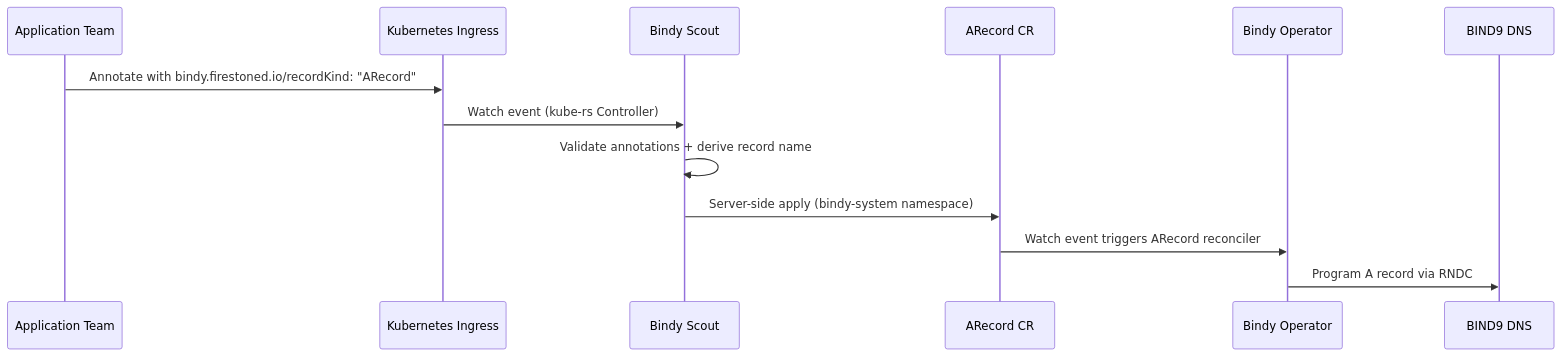
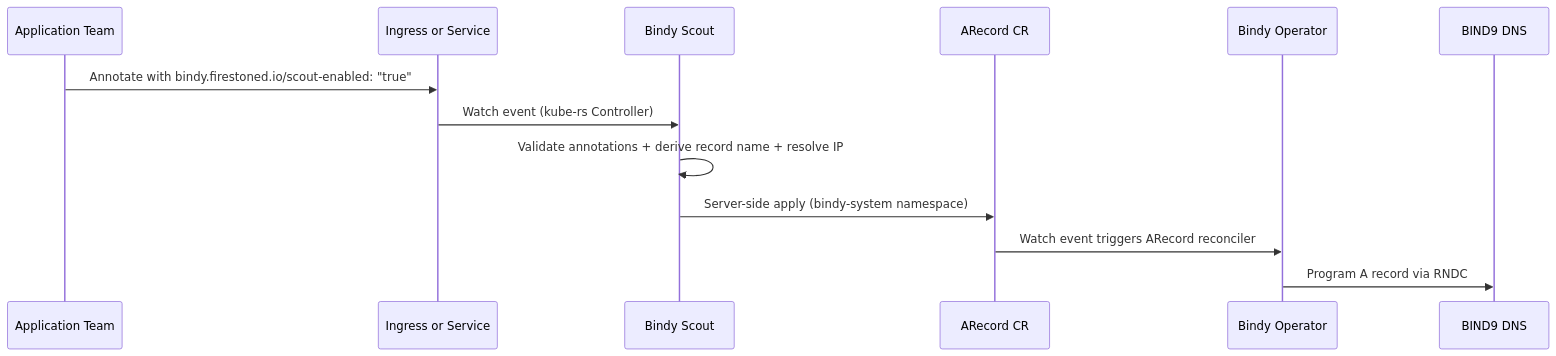
One commit to firestoned/bindy changed the first of 3 diagrams in docs/src/guide/scout.md. Above: the diagram before and after it, drawn with Mermaid. The commit also changed other lines of this file and 18 other files, not shown here.

Commit message:
Update docs and add 2 new roadmap items, support srv records and namespace selectors

````diff
--- a/docs/src/guide/scout.md
+++ b/docs/src/guide/scout.md
@@ -40,16 +40,16 @@
 ```mermaid
 sequenceDiagram
     participant App as Application Team
-    participant Ingress as Kubernetes Ingress
+    participant Source as Ingress or Service
     participant Scout as Bindy Scout
     participant ARecord as ARecord CR
     participant Bindy as Bindy Operator
     participant BIND9 as BIND9 DNS
 
-    App->>Ingress: Annotate with bindy.firestoned.io/recordKind: "ARecord"
-    Ingress->>Scout: Watch event (kube-rs Controller)
-    Scout->>Scout: Validate annotations + derive record name
+    App->>Source: Annotate with bindy.firestoned.io/scout-enabled: "true"
+    Source->>Scout: Watch event (kube-rs Controller)
+    Scout->>Scout: Validate annotations + derive record name + resolve IP
     Scout->>ARecord: Server-side apply (bindy-system namespace)
     ARecord->>Bindy: Watch event triggers ARecord reconciler
     Bindy->>BIND9: Program A record via RNDC
 ```
````
